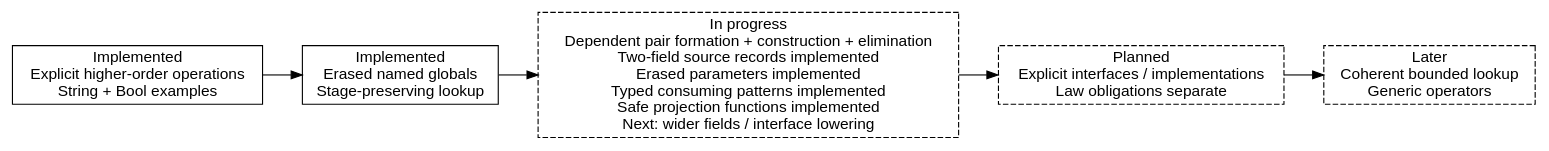
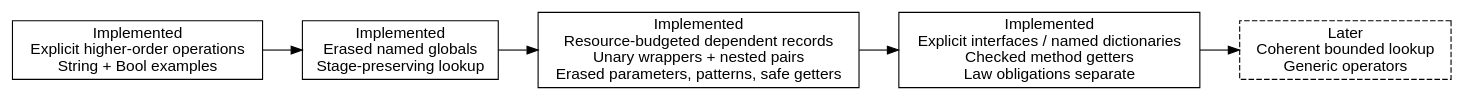
Before and after one commit to odunboye/fibril: the diagram in docs/diagrams/interfaces.dot, drawn with Graphviz. The commit also changed 26 other files, not shown here.

Commit message:
Add explicit interfaces and checked named dictionary implementations

```diff
--- a/docs/diagrams/interfaces.dot
+++ b/docs/diagrams/interfaces.dot
@@ -1,10 +1,10 @@
 digraph interfaces {
   rankdir=LR;
   node [shape=box, fontname="sans-serif"];
   operations [label="Implemented\nExplicit higher-order operations\nString + Bool examples"];
   staging [label="Implemented\nErased named globals\nStage-preserving lookup"];
-  records [label="In progress\nDependent pair formation + construction + elimination\nTwo-field source records implemented\nErased parameters implemented\nTyped consuming patterns implemented\nSafe projection functions implemented\nNext: wider fields / interface lowering", style=dashed];
-  explicit [label="Planned\nExplicit interfaces / implementations\nLaw obligations separate", style=dashed];
+  records [label="Implemented\nResource-budgeted dependent records\nUnary wrappers + nested pairs\nErased parameters, patterns, safe getters"];
+  explicit [label="Implemented\nExplicit interfaces / named dictionaries\nChecked method getters\nLaw obligations separate"];
   search [label="Later\nCoherent bounded lookup\nGeneric operators", style=dashed];
   operations -> staging -> records -> explicit -> search;
 }
```
